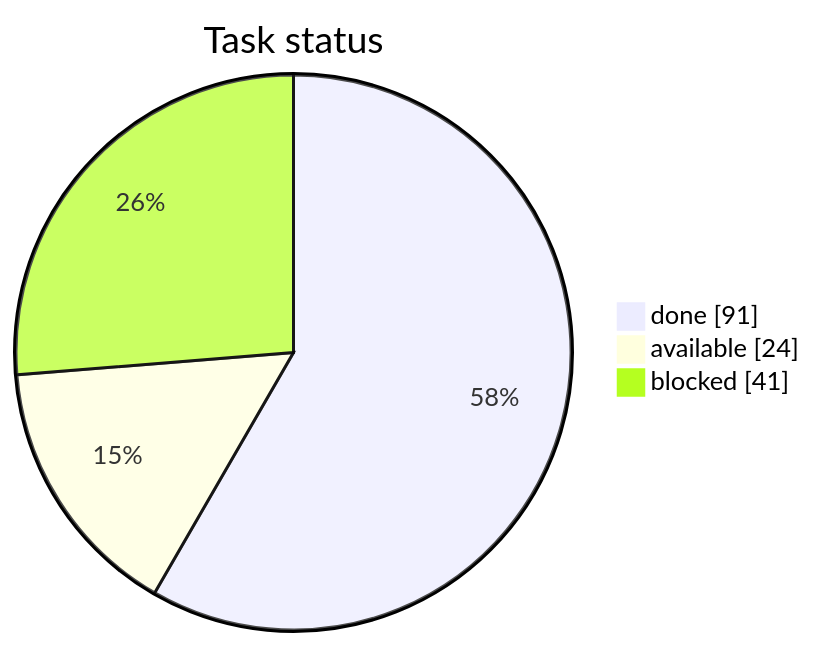
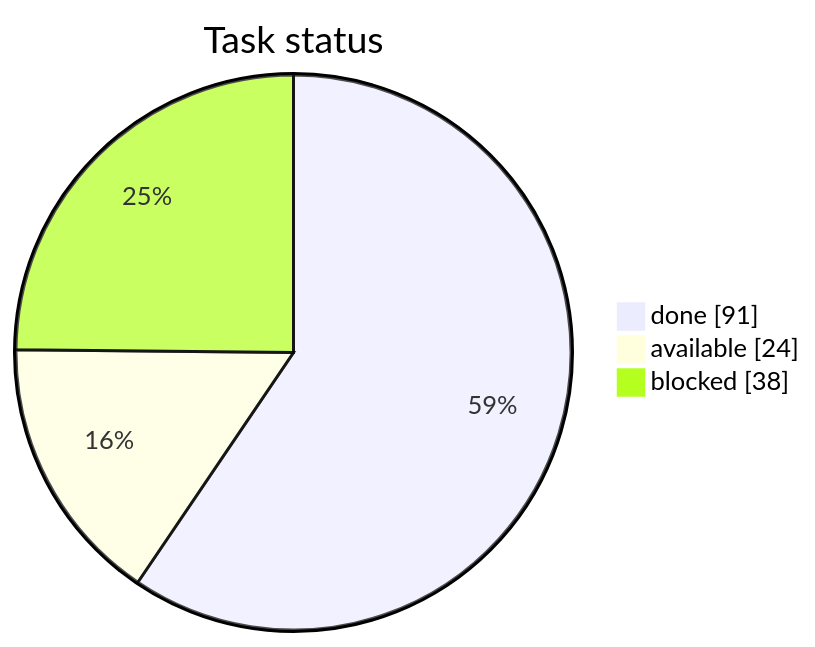
One commit to artemiiShabanov/RallyRivals changed the first of 3 diagrams in STATUS.md. Above: the diagram before and after it, drawn with Mermaid. The commit also changed other lines of this file and 1 other file, not shown here.

````diff
--- a/STATUS.md
+++ b/STATUS.md
@@ -7,7 +7,7 @@
 ```mermaid
 pie showData
     title Task status
     "done" : 91
     "available" : 24
-    "blocked" : 41
+    "blocked" : 38
 ```
````
